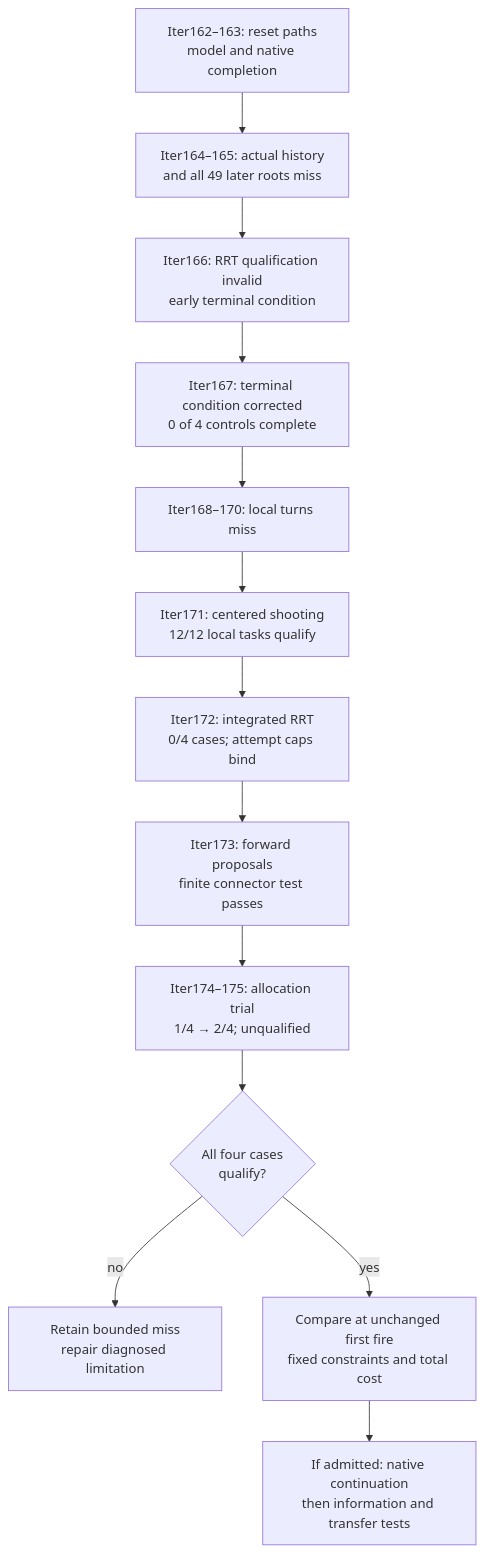
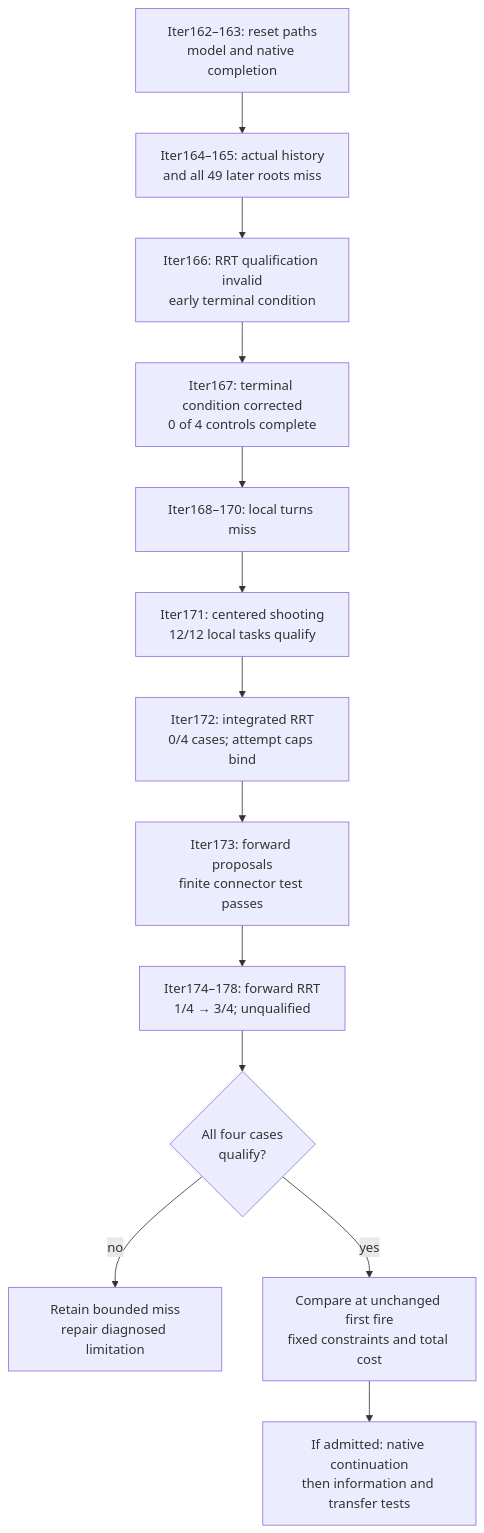
One commit to manfromnowhere143/sentinel changed the third of 3 diagrams in README.md. Above: the diagram before and after it, drawn with Mermaid. The commit also changed other lines of this file and 18 other files, not shown here.

````diff
--- a/README.md
+++ b/README.md
@@ -907,17 +934,17 @@
 ```mermaid
 flowchart TB
   accTitle: Separate search competence from intervention timing
   accDescr: Finite source misses and failed adapter qualification do not prove unrecoverability.
   S["Iter162–163: reset paths<br/>model and native completion"] --> B["Iter164–165: actual history<br/>and all 49 later roots miss"]
   B --> Q["Iter166: RRT qualification invalid<br/>early terminal condition"]
   Q --> C["Iter167: terminal condition corrected<br/>0 of 4 controls complete"]
   C --> D["Iter168–170: local turns miss"]
   D --> E["Iter171: centered shooting<br/>12/12 local tasks qualify"]
   E --> F["Iter172: integrated RRT<br/>0/4 cases; attempt caps bind"]
   F --> P["Iter173: forward proposals<br/>finite connector test passes"]
-  P --> U["Iter174–175: allocation trial<br/>1/4 → 2/4; unqualified"]
+  P --> U["Iter174–178: forward RRT<br/>1/4 → 3/4; unqualified"]
   U --> A{"All four cases<br/>qualify?"}
   A -- "no" --> N["Retain bounded miss<br/>repair diagnosed limitation"]
   A -- "yes" --> R["Compare at unchanged first fire<br/>fixed constraints and total cost"]
   R --> W["If admitted: native continuation<br/>then information and transfer tests"]
 ```
````
